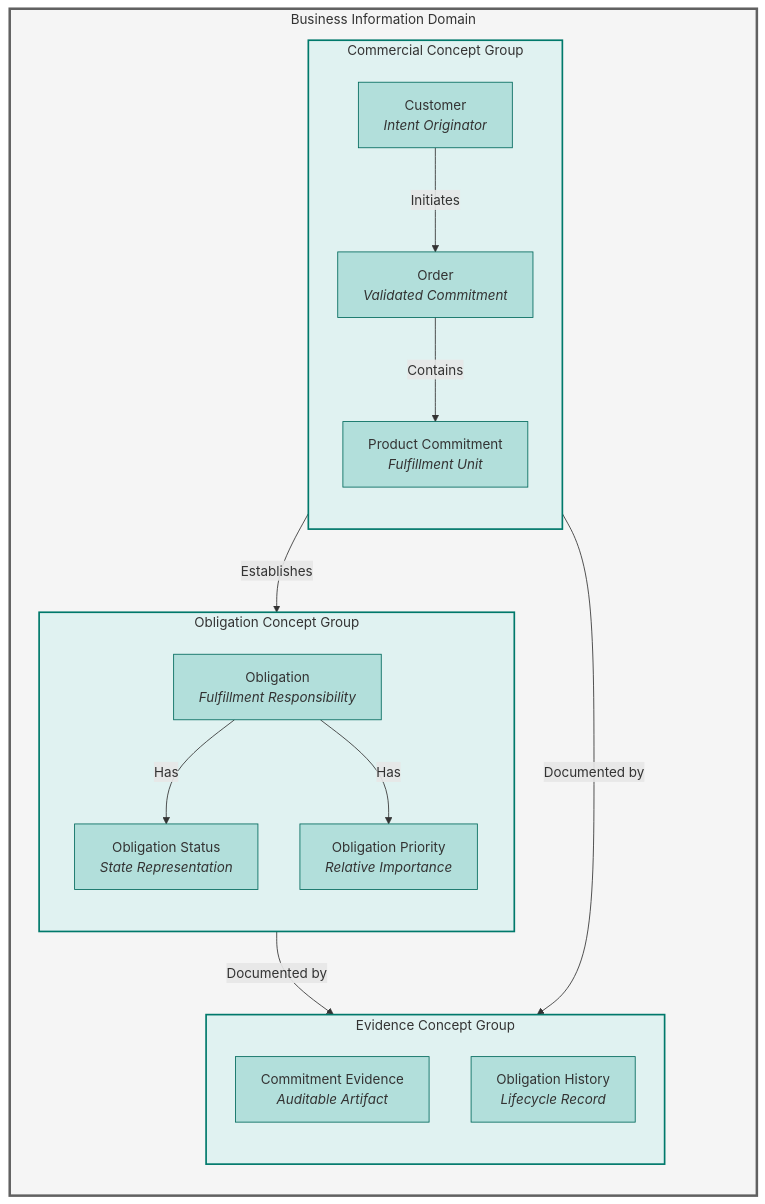
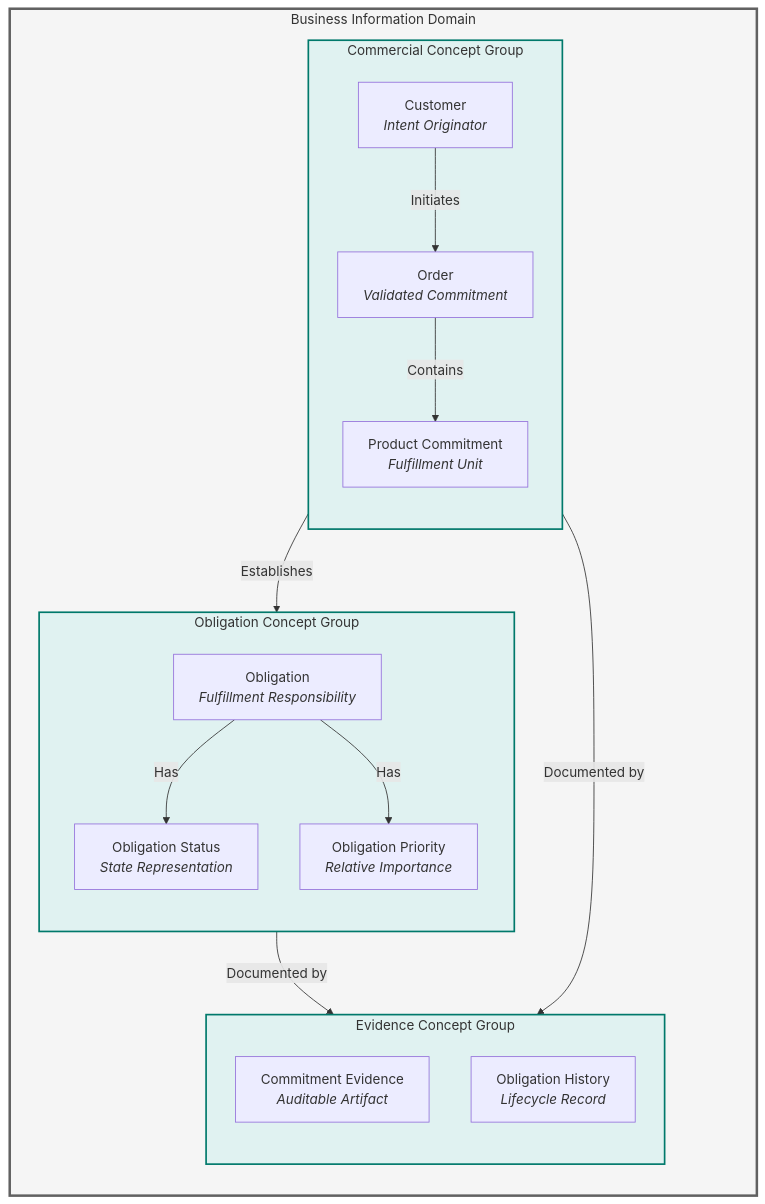
Before and after one commit to Evilazaro/Azure-LogicApps-Monitoring: the seventh of 7 diagrams in docs/architecture/01-business-architecture.md, drawn with Mermaid. The commit also changed other lines of this file, not shown here.

Commit message:
Refactor Business Architecture document: update diagram styling for clarity and consistency

````diff
--- a/docs/architecture/01-business-architecture.md
+++ b/docs/architecture/01-business-architecture.md
@@ -915,43 +906,40 @@
 ```mermaid
 flowchart TB
     subgraph Information_Domain["Business Information Domain"]
         direction TB
 
         subgraph Commercial_Concepts["Commercial Concept Group"]
             direction TB
             Customer["Customer<br/><i>Intent Originator</i>"]
             Order["Order<br/><i>Validated Commitment</i>"]
             Product["Product Commitment<br/><i>Fulfillment Unit</i>"]
         end
 
         subgraph Obligation_Concepts["Obligation Concept Group"]
             direction TB
             Obligation["Obligation<br/><i>Fulfillment Responsibility</i>"]
             Status["Obligation Status<br/><i>State Representation</i>"]
             Priority["Obligation Priority<br/><i>Relative Importance</i>"]
         end
 
         subgraph Evidence_Concepts["Evidence Concept Group"]
             direction TB
             Evidence["Commitment Evidence<br/><i>Auditable Artifact</i>"]
             History["Obligation History<br/><i>Lifecycle Record</i>"]
         end
 
         Customer -->|Initiates| Order
         Order -->|Contains| Product
         Order -->|Establishes| Obligation
         Obligation -->|Has| Status
         Obligation -->|Has| Priority
         Order -->|Documented by| Evidence
         Obligation -->|Documented by| History
     end
 
     classDef level1 fill:#f5f5f5,stroke:#616161,stroke-width:3px
     classDef level2 fill:#e0f2f1,stroke:#00796b,stroke-width:2px
-    classDef level3 fill:#ffffff,stroke:#4db6ac,stroke-width:1px
-    classDef concept fill:#b2dfdb,stroke:#00695c,stroke-width:1px
 
     class Information_Domain level1
     class Commercial_Concepts,Obligation_Concepts,Evidence_Concepts level2
-    class Customer,Order,Product,Obligation,Status,Priority,Evidence,History concept
 ```
````
